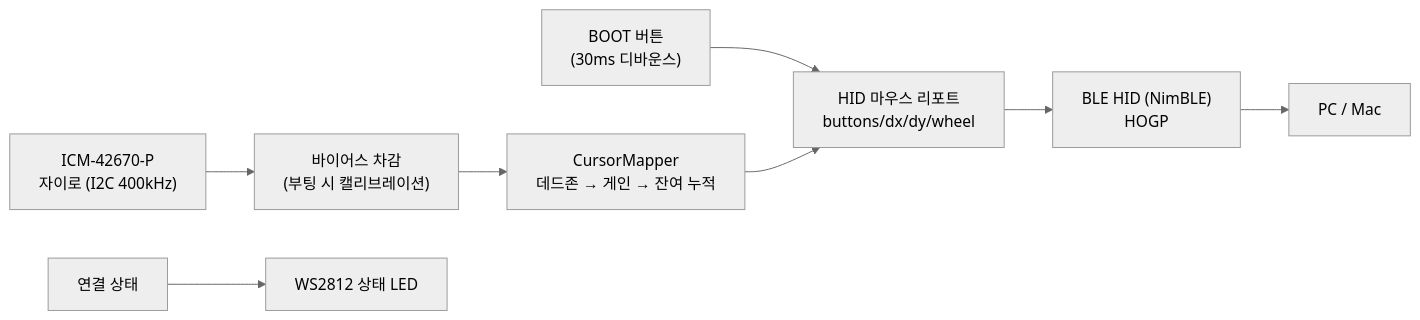
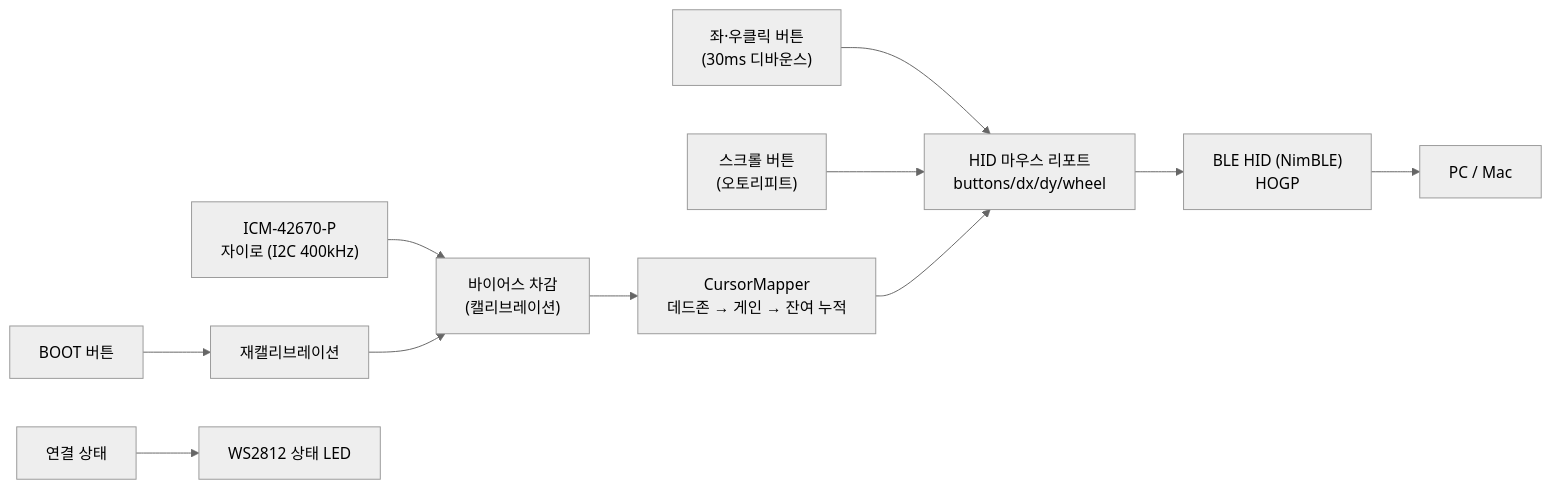
One commit to barmi/esp32c3-airmouse changed the diagram in docs/architecture.md. Above: the diagram before and after it, drawn with Mermaid (neutral theme). The commit also changed other lines of this file and 7 other files, not shown here.

Commit message:
Add right-click and scroll buttons; repurpose BOOT for gyro recalibration (#9)

````diff
--- a/docs/architecture.md
+++ b/docs/architecture.md
@@ -5,10 +5,13 @@
 ```mermaid
 flowchart LR
-    IMU["ICM-42670-P<br/>자이로 (I2C 400kHz)"] --> Bias["바이어스 차감<br/>(부팅 시 캘리브레이션)"]
+    IMU["ICM-42670-P<br/>자이로 (I2C 400kHz)"] --> Bias["바이어스 차감<br/>(캘리브레이션)"]
     Bias --> Map["CursorMapper<br/>데드존 → 게인 → 잔여 누적"]
-    Btn["BOOT 버튼<br/>(30ms 디바운스)"] --> Report
+    Click["좌·우클릭 버튼<br/>(30ms 디바운스)"] --> Report
+    Scroll["스크롤 버튼<br/>(오토리피트)"] --> Report
+    Boot["BOOT 버튼"] --> Recal["재캘리브레이션"]
+    Recal --> Bias
     Map --> Report["HID 마우스 리포트<br/>buttons/dx/dy/wheel"]
     Report --> BLE["BLE HID (NimBLE)<br/>HOGP"]
     BLE --> Host["PC / Mac"]
     Conn["연결 상태"] --> LED["WS2812 상태 LED"]
 ```
````
